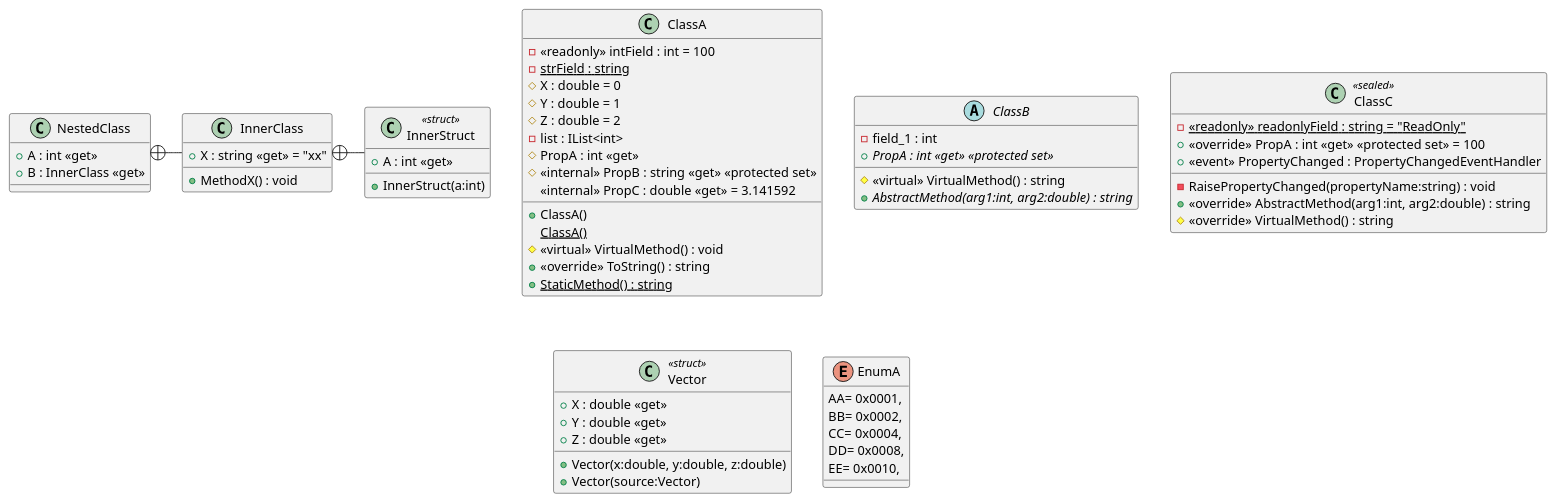
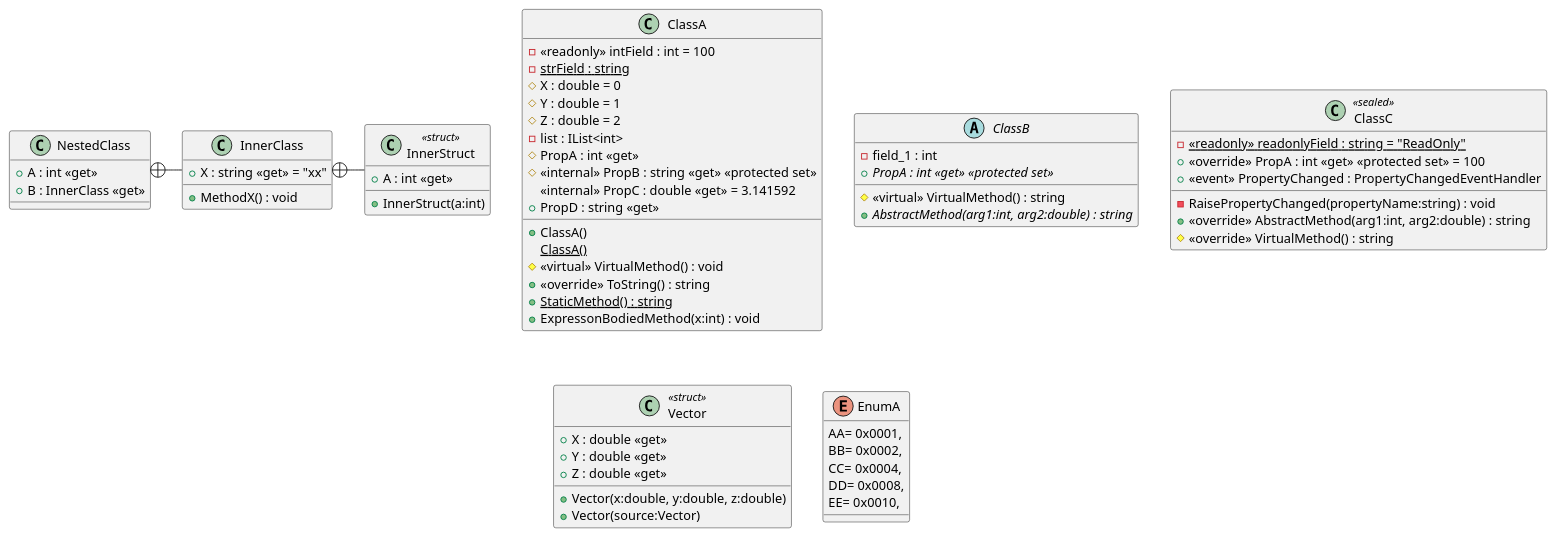
One commit to pierre3/PlantUmlClassDiagramGenerator changed the diagram in PlantUmlClassDiagramGeneratorTest/uml/all.puml. Above: the diagram before and after it, drawn with PlantUML. The commit also changed 4 other files, not shown here.

```diff
--- a/PlantUmlClassDiagramGeneratorTest/uml/all.puml
+++ b/PlantUmlClassDiagramGeneratorTest/uml/all.puml
@@ -1,58 +1,60 @@
 class ClassA {
     - <<readonly>> intField : int = 100
     - {static} strField : string
     # X : double = 0
     # Y : double = 1
     # Z : double = 2
     - list : IList<int>
     # PropA : int <<get>>
     # <<internal>> PropB : string <<get>> <<protected set>>
     <<internal>> PropC : double <<get>> = 3.141592
+    + PropD : string <<get>>
     + ClassA()
     {static} ClassA()
     # <<virtual>> VirtualMethod() : void
     + <<override>> ToString() : string
     + {static} StaticMethod() : string
+    + ExpressonBodiedMethod(x:int) : void
 }
 abstract class ClassB {
     - field_1 : int
     + {abstract} PropA : int <<get>> <<protected set>>
     # <<virtual>> VirtualMethod() : string
     + {abstract} AbstractMethod(arg1:int, arg2:double) : string
 }
 class ClassC <<sealed>> {
     - {static} <<readonly>> readonlyField : string = "ReadOnly"
     + <<override>> PropA : int <<get>> <<protected set>> = 100
     +  <<event>> PropertyChanged : PropertyChangedEventHandler 
     - RaisePropertyChanged(propertyName:string) : void
     + <<override>> AbstractMethod(arg1:int, arg2:double) : string
     # <<override>> VirtualMethod() : string
 }
 class Vector <<struct>> {
     + X : double <<get>>
     + Y : double <<get>>
     + Z : double <<get>>
     + Vector(x:double, y:double, z:double)
     + Vector(source:Vector)
 }
 enum EnumA {
     AA= 0x0001,
     BB= 0x0002,
     CC= 0x0004,
     DD= 0x0008,
     EE= 0x0010,
 }
 class NestedClass {
     + A : int <<get>>
     + B : InnerClass <<get>>
 }
 class InnerClass {
     + X : string <<get>> = "xx"
     + MethodX() : void
 }
 class InnerStruct <<struct>> {
     + A : int <<get>>
     + InnerStruct(a:int)
 }
 InnerClass +- InnerStruct
 NestedClass +- InnerClass
```
